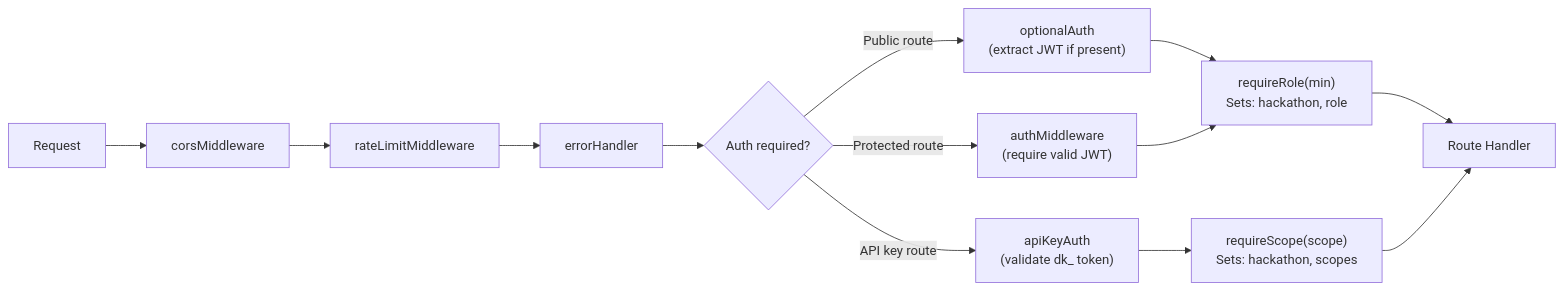
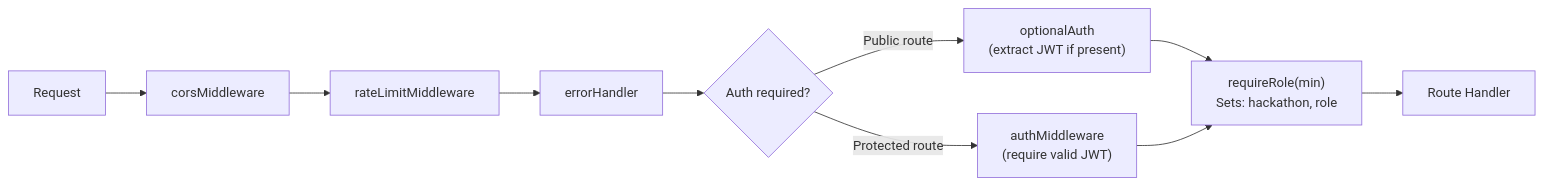
Before and after one commit to devangshupandey2025-stack/DevSage: the seventh of 8 diagrams in docs/v3/planned/roles-permissions.md, drawn with Mermaid. The commit also changed other lines of this file, not shown here.

First line of the commit message:
docs(roles): rename orgs to workspaces, remove custom roles and API keys

````diff
--- a/docs/v3/planned/roles-permissions.md
+++ b/docs/v3/planned/roles-permissions.md
@@ -638,18 +461,15 @@
 ```mermaid
 flowchart LR
     A["Request"] --> B["corsMiddleware"]
     B --> C["rateLimitMiddleware"]
     C --> D["errorHandler"]
     D --> E{"Auth required?"}
 
     E -->|Public route| F["optionalAuth<br/>(extract JWT if present)"]
     E -->|Protected route| G["authMiddleware<br/>(require valid JWT)"]
-    E -->|API key route| H["apiKeyAuth<br/>(validate dk_ token)"]
 
     F --> I["requireRole(min)<br/>Sets: hackathon, role"]
     G --> I
-    H --> J["requireScope(scope)<br/>Sets: hackathon, scopes"]
 
     I --> K["Route Handler"]
-    J --> K
 ```
````
